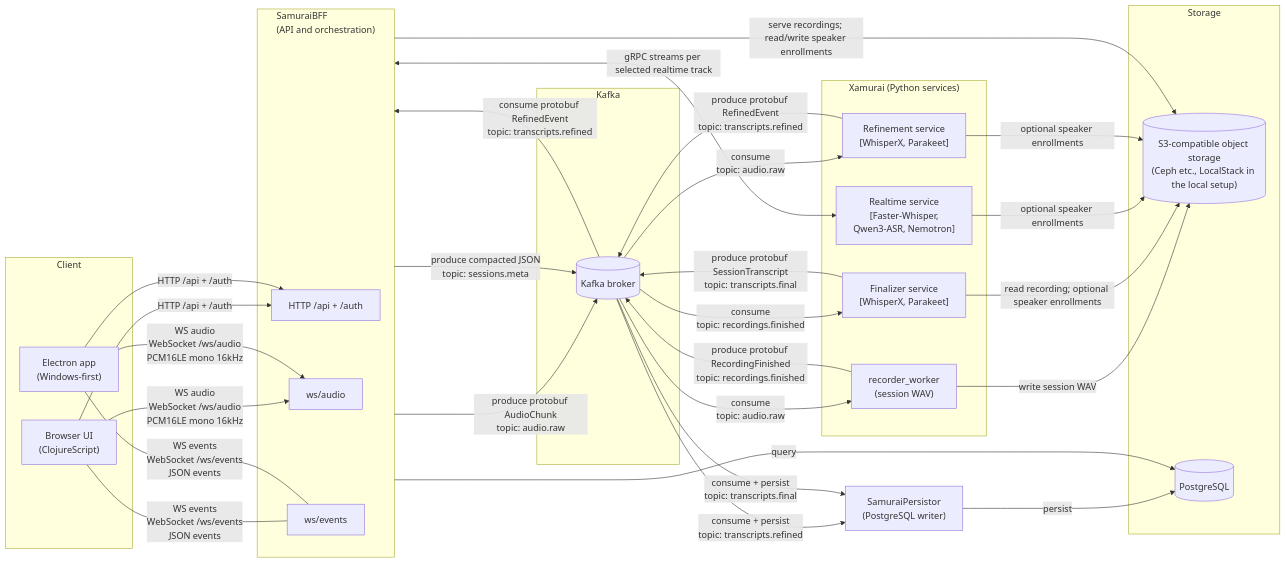
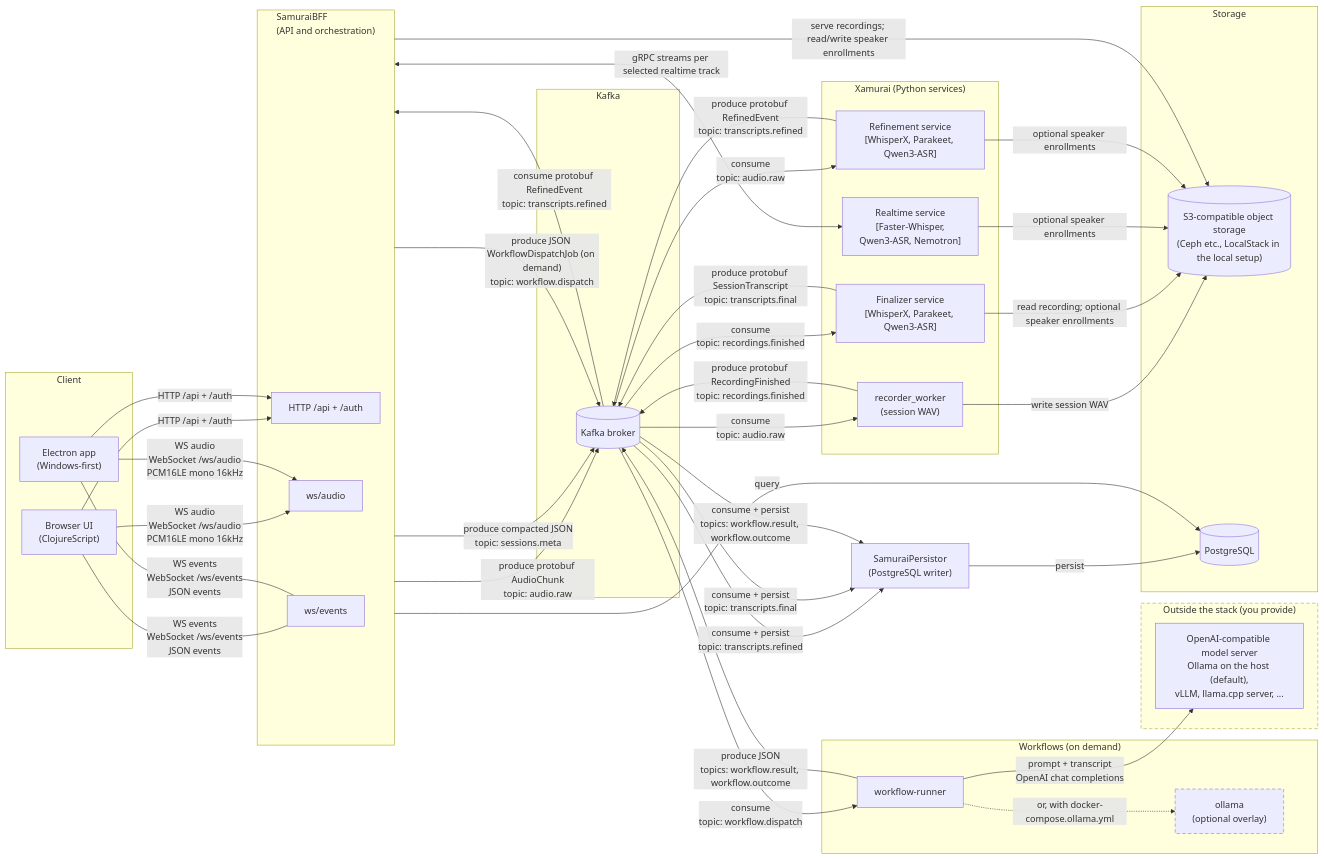
Before and after one commit to nanosamurai/nanosamurai: the diagram in docs/architecture.md, drawn with Mermaid. The commit also changed other lines of this file and 1 other file, not shown here.

Commit message:
Show the workflow runner and external model server in the overview

````diff
--- a/docs/architecture.md
+++ b/docs/architecture.md
@@ -22,63 +26,82 @@
 ```mermaid
 flowchart LR
     subgraph Client
         Browser["Browser UI<br/>(ClojureScript)"]
         Electron["Electron app<br/>(Windows-first)"]
     end
 
     subgraph SamuraiBFF["SamuraiBFF<br/>(API and orchestration)"]
         HTTP[HTTP /api + /auth]
         WSAudio[ws/audio]
         WSEvents[ws/events]
     end
 
     subgraph Xamurai["Xamurai (Python services)"]
         RealtimeService["Realtime service<br/>[Faster-Whisper,<br/>Qwen3-ASR, Nemotron]"]
-        RefinementService["Refinement service<br/>[WhisperX, Parakeet]"]
+        RefinementService["Refinement service<br/>[WhisperX, Parakeet, Qwen3-ASR]"]
         RecorderWorker["recorder_worker<br/>(session WAV)"]
-        FinalizerService["Finalizer service<br/>[WhisperX, Parakeet]"]
+        FinalizerService["Finalizer service<br/>[WhisperX, Parakeet, Qwen3-ASR]"]
+    end
+
+    subgraph Workflows["Workflows (on demand)"]
+        WorkflowRunner["workflow-runner"]
+        OllamaInStack["ollama<br/>(optional overlay)"]
+    end
+
+    subgraph External["Outside the stack (you provide)"]
+        ModelServer["OpenAI-compatible model server<br/>Ollama on the host (default),<br/>vLLM, llama.cpp server, ..."]
     end
 
     Browser -->|HTTP /api + /auth| HTTP
     Browser -->|"WS audio<br/>WebSocket /ws/audio<br/>PCM16LE mono 16kHz"| WSAudio
     Browser ---|"WS events<br/>WebSocket /ws/events<br/>JSON events"| WSEvents
 
     Electron -->|HTTP /api + /auth| HTTP
     Electron -->|"WS audio<br/>WebSocket /ws/audio<br/>PCM16LE mono 16kHz"| WSAudio
     Electron ---|"WS events<br/>WebSocket /ws/events<br/>JSON events"| WSEvents
 
     SamuraiBFF <-->|"gRPC streams per selected realtime track"| RealtimeService
 
     subgraph Kafka["Kafka"]
         KafkaBroker[(Kafka broker)]
     end
 
     subgraph Storage["Storage"]
         ObjectStore[("S3-compatible object storage<br/>(Ceph etc., LocalStack in the local setup)")]
         Postgres[(PostgreSQL)]
     end
 
     SamuraiBFF -->|"produce protobuf AudioChunk<br/>topic: audio.raw"| KafkaBroker
     SamuraiBFF -->|"produce compacted JSON<br/>topic: sessions.meta"| KafkaBroker
 
     KafkaBroker -->|"consume protobuf RefinedEvent<br/>topic: transcripts.refined"| SamuraiBFF
     KafkaBroker -->|"consume<br/>topic: audio.raw"| RefinementService
     RefinementService -->|"produce protobuf RefinedEvent<br/>topic: transcripts.refined"| KafkaBroker
 
     KafkaBroker -->|"consume<br/>topic: audio.raw"| RecorderWorker
     RecorderWorker -->|"produce protobuf RecordingFinished<br/>topic: recordings.finished"| KafkaBroker
 
     KafkaBroker -->|"consume<br/>topic: recordings.finished"| FinalizerService
     FinalizerService -->|"produce protobuf SessionTranscript<br/>topic: transcripts.final"| KafkaBroker
 
+    SamuraiBFF -->|"produce JSON WorkflowDispatchJob (on demand)<br/>topic: workflow.dispatch"| KafkaBroker
+    KafkaBroker -->|"consume<br/>topic: workflow.dispatch"| WorkflowRunner
+    WorkflowRunner -->|"prompt + transcript<br/>OpenAI chat completions"| ModelServer
+    WorkflowRunner -.->|"or, with docker-compose.ollama.yml"| OllamaInStack
+    WorkflowRunner -->|"produce JSON<br/>topics: workflow.result, workflow.outcome"| KafkaBroker
+
     RecorderWorker -->|"write session WAV"| ObjectStore
     FinalizerService -->|"read recording; optional speaker enrollments"| ObjectStore
     SamuraiBFF -->|"serve recordings; read/write speaker enrollments"| ObjectStore
     RealtimeService -->|"optional speaker enrollments"| ObjectStore
     RefinementService -->|"optional speaker enrollments"| ObjectStore
 
     KafkaBroker -->|"consume + persist<br/>topic: transcripts.refined"| Persistor["SamuraiPersistor<br/>(PostgreSQL writer)"]
     KafkaBroker -->|"consume + persist<br/>topic: transcripts.final"| Persistor
+    KafkaBroker -->|"consume + persist<br/>topics: workflow.result, workflow.outcome"| Persistor
     Persistor -->|persist| Postgres
     SamuraiBFF -->|query| Postgres
+
+    style External stroke-dasharray: 6 4
+    style OllamaInStack stroke-dasharray: 6 4
 ```
````
